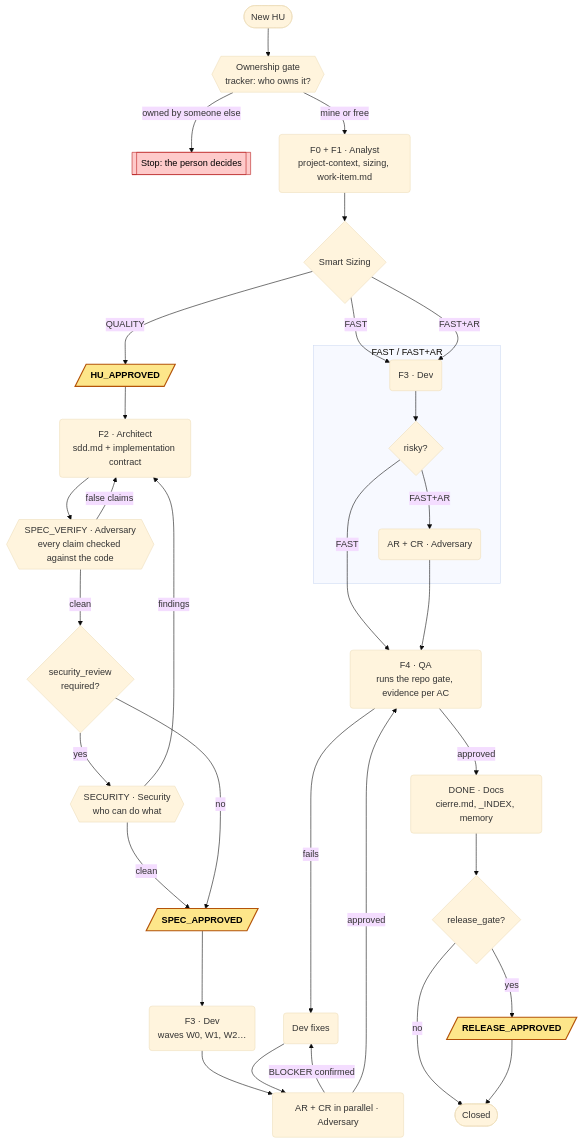
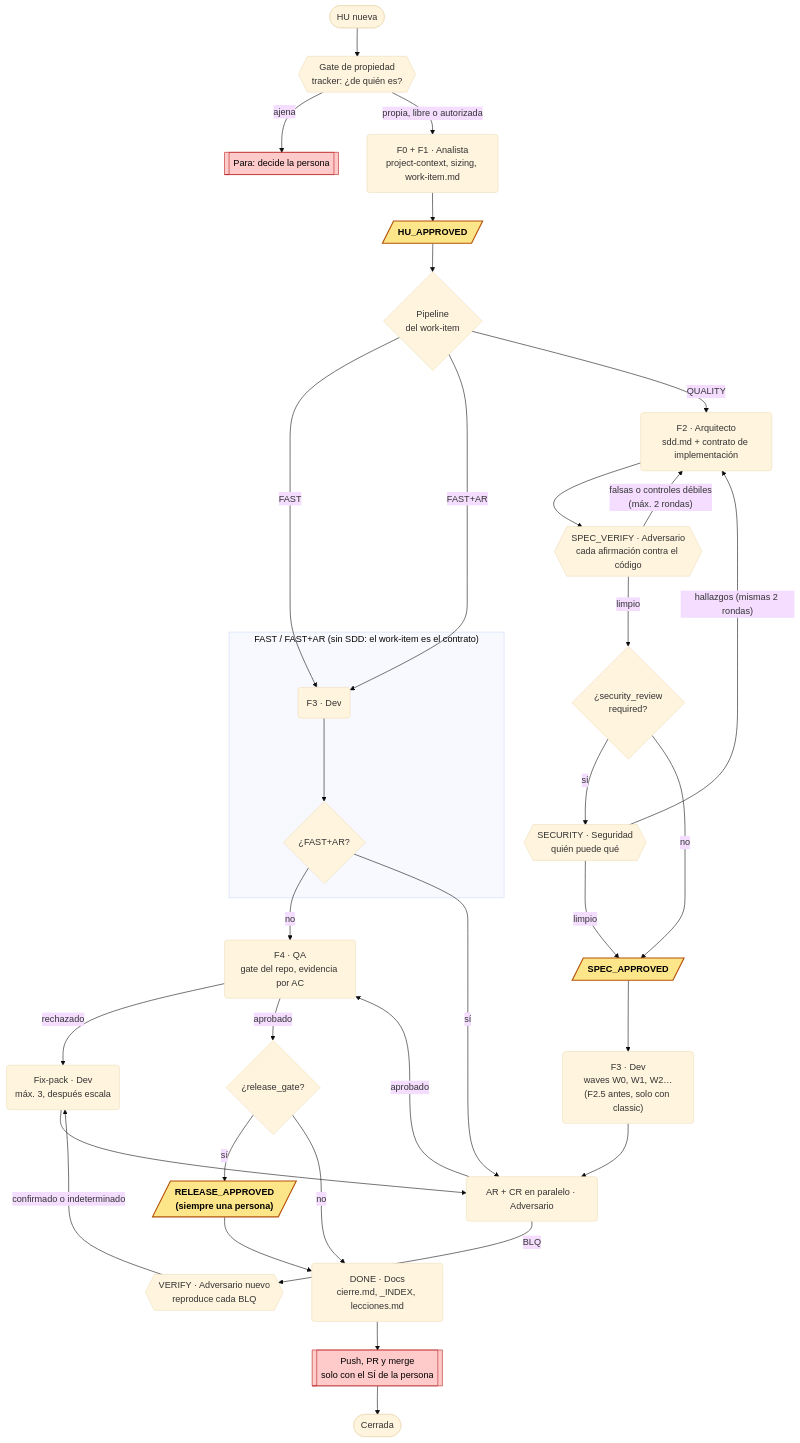
Before and after one commit to ferrosasfp/nexus-agile-enterprise: the first of 2 diagrams in README.md, drawn with Mermaid (base theme). The commit also changed other lines of this file, not shown here.

Commit message:
docs: README en español con el estado actual del arnes (hook, gates, AUTO con supervisor, entrega)

````diff
--- a/README.md
+++ b/README.md
@@ -44,42 +37,43 @@
 ```mermaid
 flowchart TD
-    START([New HU]) --> OWN{{"Ownership gate<br/>tracker: who owns it?"}}
-    OWN -- "owned by someone else" --> ESC[["Stop: the person decides"]]
-    OWN -- "mine or free" --> F0F1("F0 + F1 · Analyst<br/>project-context, sizing, work-item.md")
-    F0F1 --> SIZE{"Smart Sizing"}
+    START([HU nueva]) --> OWN{{"Gate de propiedad<br/>tracker: ¿de quién es?"}}
+    OWN -- "ajena" --> ESC[["Para: decide la persona"]]
+    OWN -- "propia, libre o autorizada" --> F0F1("F0 + F1 · Analista<br/>project-context, sizing, work-item.md")
+    F0F1 --> G1[/"HU_APPROVED"/]
+    G1 --> SIZE{"Pipeline<br/>del work-item"}
 
     SIZE -- "FAST" --> FDEV
     SIZE -- "FAST+AR" --> FDEV
-    SIZE -- "QUALITY" --> G1
+    SIZE -- "QUALITY" --> F2
 
-    subgraph FASTPATH ["FAST / FAST+AR"]
-        FDEV("F3 · Dev") --> FAR{"risky?"}
-        FAR -- "FAST+AR" --> FREV("AR + CR · Adversary")
+    subgraph FASTPATH ["FAST / FAST+AR (sin SDD: el work-item es el contrato)"]
+        FDEV("F3 · Dev") --> FAR{"¿FAST+AR?"}
     end
-    FAR -- "FAST" --> F4
-    FREV --> F4
+    FAR -- "no" --> F4
+    FAR -- "sí" --> ARCR
 
-    G1[/"HU_APPROVED"/] --> F2("F2 · Architect<br/>sdd.md + implementation contract")
-    F2 --> SV{{"SPEC_VERIFY · Adversary<br/>every claim checked against the code"}}
-    SV -- "false claims" --> F2
-    SV -- "clean" --> SECQ{"security_review<br/>required?"}
-    SECQ -- "yes" --> SEC{{"SECURITY · Security<br/>who can do what"}}
-    SEC -- "findings" --> F2
-    SEC -- "clean" --> G2
+    F2("F2 · Arquitecto<br/>sdd.md + contrato de implementación") --> SV{{"SPEC_VERIFY · Adversario<br/>cada afirmación contra el código"}}
+    SV -- "falsas o controles débiles<br/>(máx. 2 rondas)" --> F2
+    SV -- "limpio" --> SECQ{"¿security_review<br/>required?"}
+    SECQ -- "sí" --> SEC{{"SECURITY · Seguridad<br/>quién puede qué"}}
+    SEC -- "hallazgos (mismas 2 rondas)" --> F2
+    SEC -- "limpio" --> G2
     SECQ -- "no" --> G2
-    G2[/"SPEC_APPROVED"/] --> F3("F3 · Dev<br/>waves W0, W1, W2…")
-    F3 --> ARCR("AR + CR in parallel · Adversary")
-    ARCR -- "BLOCKER confirmed" --> FIX("Dev fixes") --> ARCR
-    ARCR -- "approved" --> F4("F4 · QA<br/>runs the repo gate, evidence per AC")
-    F4 -- "fails" --> FIX
-    F4 -- "approved" --> DONE("DONE · Docs<br/>cierre.md, _INDEX, memory")
-    DONE --> REL{"release_gate?"}
-    REL -- "yes" --> G3[/"RELEASE_APPROVED"/]
-    REL -- "no" --> END([Closed])
-    G3 --> END
+    G2[/"SPEC_APPROVED"/] --> F3("F3 · Dev<br/>waves W0, W1, W2…<br/>(F2.5 antes, solo con classic)")
+    F3 --> ARCR("AR + CR en paralelo · Adversario")
+    ARCR -- "BLQ" --> VER{{"VERIFY · Adversario nuevo<br/>reproduce cada BLQ"}}
+    VER -- "confirmado o indeterminado" --> FIX("Fix-pack · Dev<br/>máx. 3, después escala") --> ARCR
+    ARCR -- "aprobado" --> F4("F4 · QA<br/>gate del repo, evidencia por AC")
+    F4 -- "rechazado" --> FIX
+    F4 -- "aprobado" --> REL{"¿release_gate?"}
+    REL -- "sí" --> G3[/"RELEASE_APPROVED<br/>(siempre una persona)"/]
+    REL -- "no" --> DONE
+    G3 --> DONE("DONE · Docs<br/>cierre.md, _INDEX, lecciones.md")
+    DONE --> ENT[["Push, PR y merge<br/>solo con el SÍ de la persona"]]
+    ENT --> END([Cerrada])
 
     classDef gate fill:#fde68a,stroke:#b45309,stroke-width:2px,color:#000,font-weight:bold
     classDef stop fill:#fecaca,stroke:#b91c1c,color:#000
     class G1,G2,G3 gate
-    class ESC stop
+    class ESC,ENT stop
 ```
````
